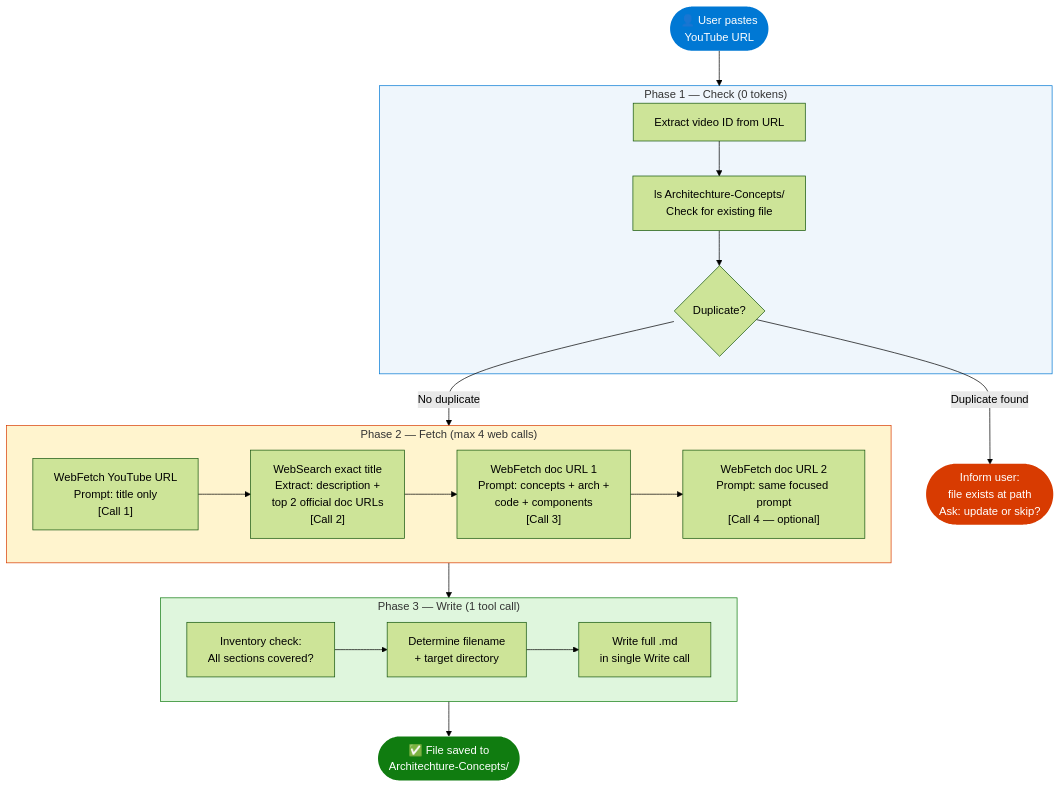
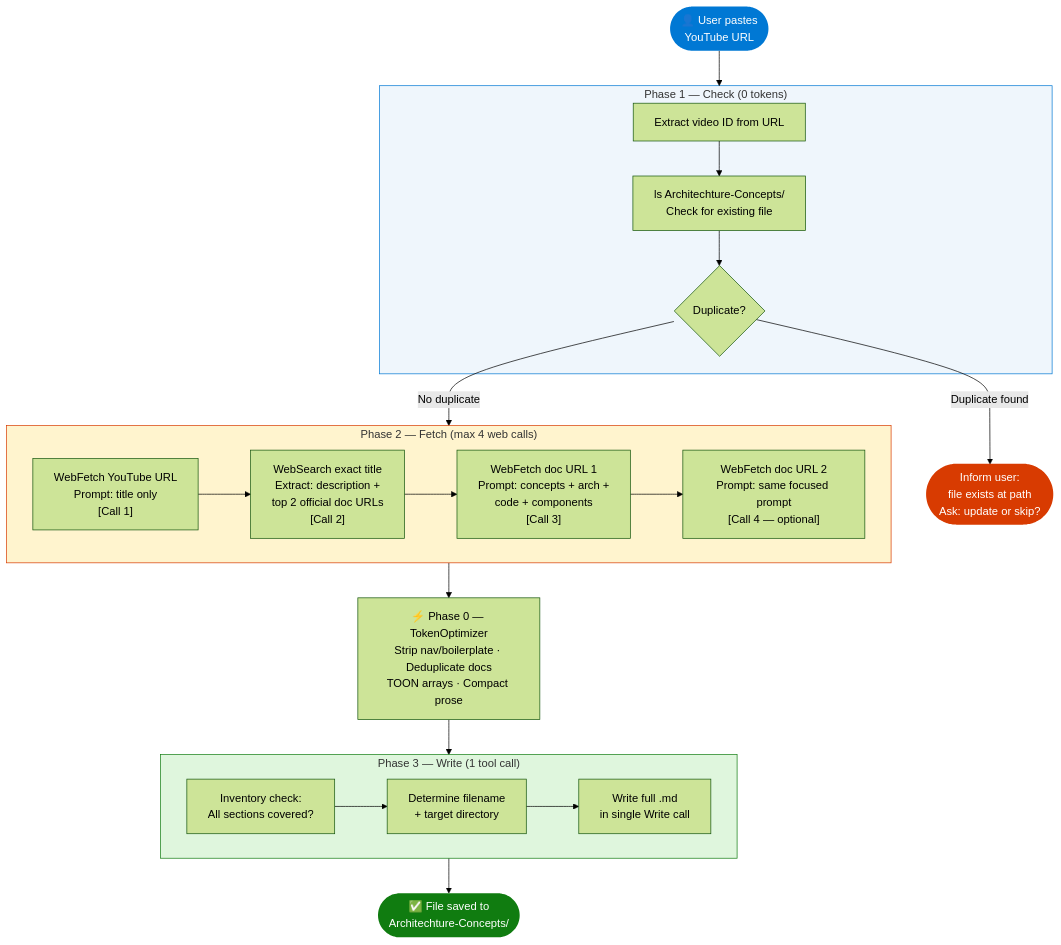
One commit to rajaghosh/InterviewPrep changed the diagram in Agent-Skills/youtube-to-md-agent.md. Above: the diagram before and after it, drawn with Mermaid (forest theme). The commit also changed other lines of this file and 240 other files, not shown here.

````diff
--- a/Agent-Skills/youtube-to-md-agent.md
+++ b/Agent-Skills/youtube-to-md-agent.md
@@ -401,41 +444,42 @@
 ```mermaid
 flowchart TD
     Start(["👤 User pastes\nYouTube URL"])
+    TokenOpt["⚡ Phase 0 — TokenOptimizer\nStrip nav/boilerplate · Deduplicate docs\nTOON arrays · Compact prose"]
 
     subgraph Phase1 ["Phase 1 — Check (0 tokens)"]
         P1A["Extract video ID from URL"]
         P1B["ls Architechture-Concepts/\nCheck for existing file"]
         P1C{Duplicate?}
         P1A --> P1B --> P1C
     end
 
     subgraph Phase2 ["Phase 2 — Fetch (max 4 web calls)"]
         P2A["WebFetch YouTube URL\nPrompt: title only\n[Call 1]"]
         P2B["WebSearch exact title\nExtract: description +\ntop 2 official doc URLs\n[Call 2]"]
         P2C["WebFetch doc URL 1\nPrompt: concepts + arch +\ncode + components\n[Call 3]"]
         P2D["WebFetch doc URL 2\nPrompt: same focused prompt\n[Call 4 — optional]"]
         P2A --> P2B --> P2C --> P2D
     end
 
     subgraph Phase3 ["Phase 3 — Write (1 tool call)"]
         P3A["Inventory check:\nAll sections covered?"]
         P3B["Determine filename\n+ target directory"]
         P3C["Write full .md\nin single Write call"]
         P3A --> P3B --> P3C
     end
 
     Done(["✅ File saved to\nArchitechture-Concepts/"])
 
     Start --> Phase1
     P1C -->|"Duplicate found"| Inform(["Inform user:\nfile exists at path\nAsk: update or skip?"])
     P1C -->|"No duplicate"| Phase2
-    Phase2 --> Phase3
+    Phase2 --> TokenOpt --> Phase3
     Phase3 --> Done
 
     style Start fill:#0078D4,color:#fff,stroke:none
     style Done fill:#107C10,color:#fff,stroke:none
     style Inform fill:#D83B01,color:#fff,stroke:none
     style Phase1 fill:#EFF6FC,stroke:#0078D4
     style Phase2 fill:#FFF4CE,stroke:#D83B01
     style Phase3 fill:#DFF6DD,stroke:#107C10
 ```
````
